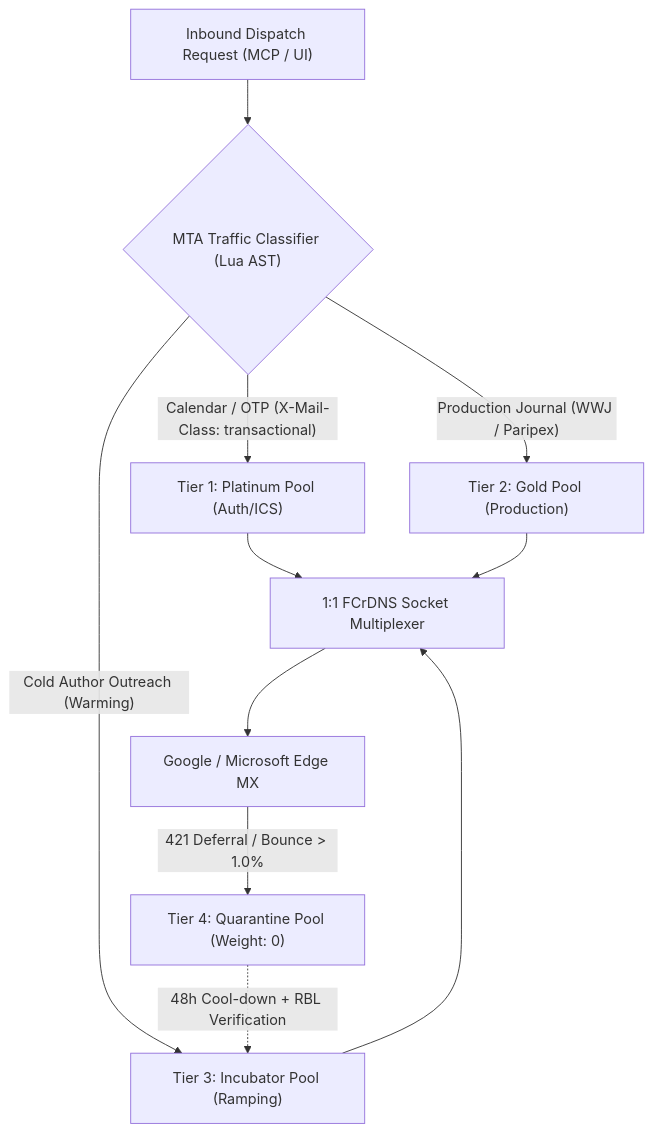
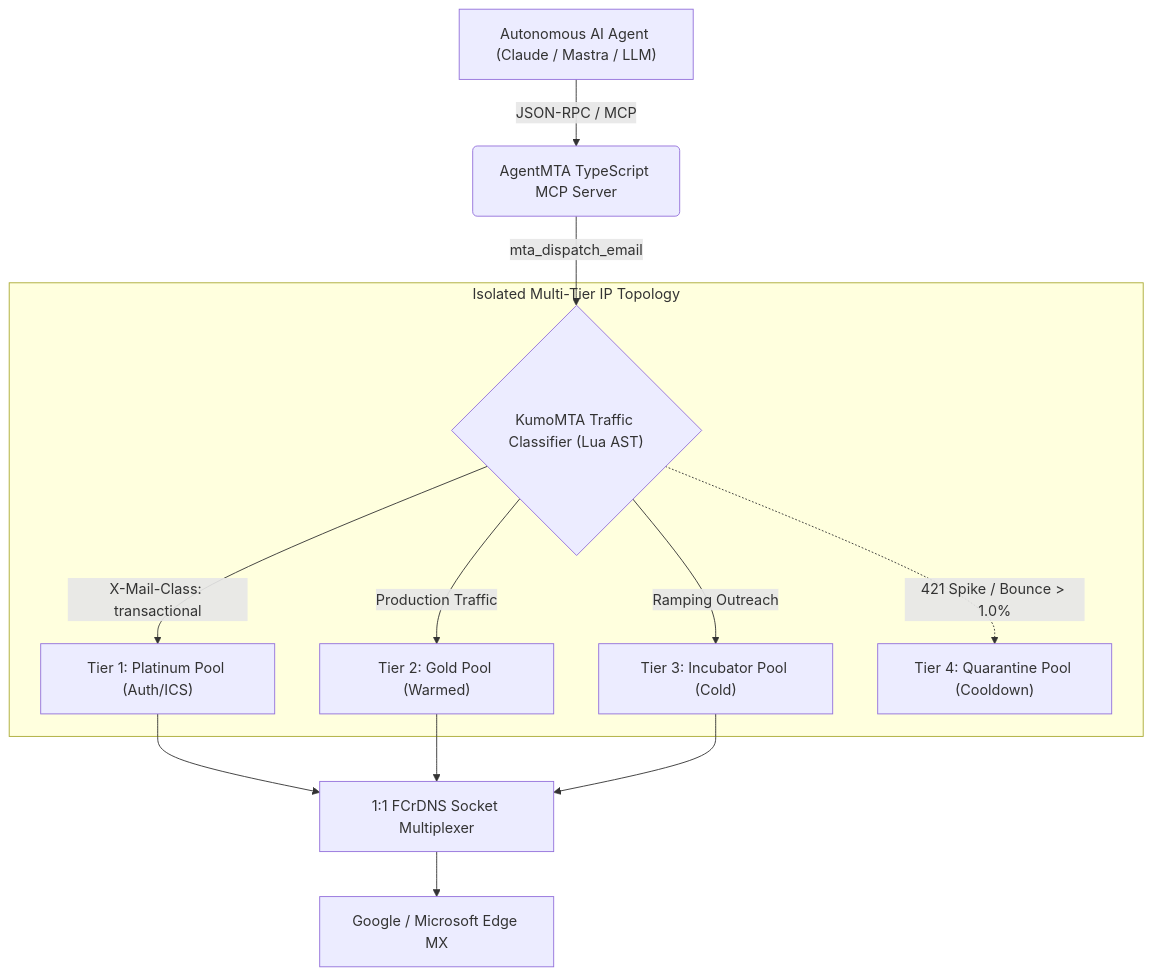
Before and after one commit to hemal9102/agentMTA: the diagram in README.md, drawn with Mermaid. The commit also changed other lines of this file, not shown here.

Commit message:
docs: overhaul README with modern MCP-first architecture and quickstart

````diff
--- a/README.md
+++ b/README.md
@@ -49,13 +74,17 @@
 ```mermaid
 graph TD
-    A["Inbound Dispatch Request (MCP / UI)"] --> B{"MTA Traffic Classifier (Lua AST)"}
-    B -->|"Calendar / OTP (X-Mail-Class: transactional)"| C["Tier 1: Platinum Pool (Auth/ICS)"]
-    B -->|"Production Journal (WWJ / Paripex)"| D["Tier 2: Gold Pool (Production)"]
-    B -->|"Cold Author Outreach (Warming)"| E["Tier 3: Incubator Pool (Ramping)"]
-    C --> F["1:1 FCrDNS Socket Multiplexer"]
-    D --> F
-    E --> F
-    F --> G["Google / Microsoft Edge MX"]
-    G -->|"421 Deferral / Bounce > 1.0%"| H["Tier 4: Quarantine Pool (Weight: 0)"]
-    H -.->|"48h Cool-down + RBL Verification"| E
+    A["Autonomous AI Agent (Claude / Mastra / LLM)"] -->|"JSON-RPC / MCP"| B("AgentMTA TypeScript MCP Server")
+    B -->|"mta_dispatch_email"| C{"KumoMTA Traffic Classifier (Lua AST)"}
+    
+    subgraph Egress_Pools ["Isolated Multi-Tier IP Topology"]
+        C -->|"X-Mail-Class: transactional"| D["Tier 1: Platinum Pool (Auth/ICS)"]
+        C -->|"Production Traffic"| E["Tier 2: Gold Pool (Warmed)"]
+        C -->|"Ramping Outreach"| F["Tier 3: Incubator Pool (Cold)"]
+        C -.->|"421 Spike / Bounce > 1.0%"| G["Tier 4: Quarantine Pool (Cooldown)"]
+    end
+    
+    D --> H["1:1 FCrDNS Socket Multiplexer"]
+    E --> H
+    F --> H
+    H --> I["Google / Microsoft Edge MX"]
 ```
````
